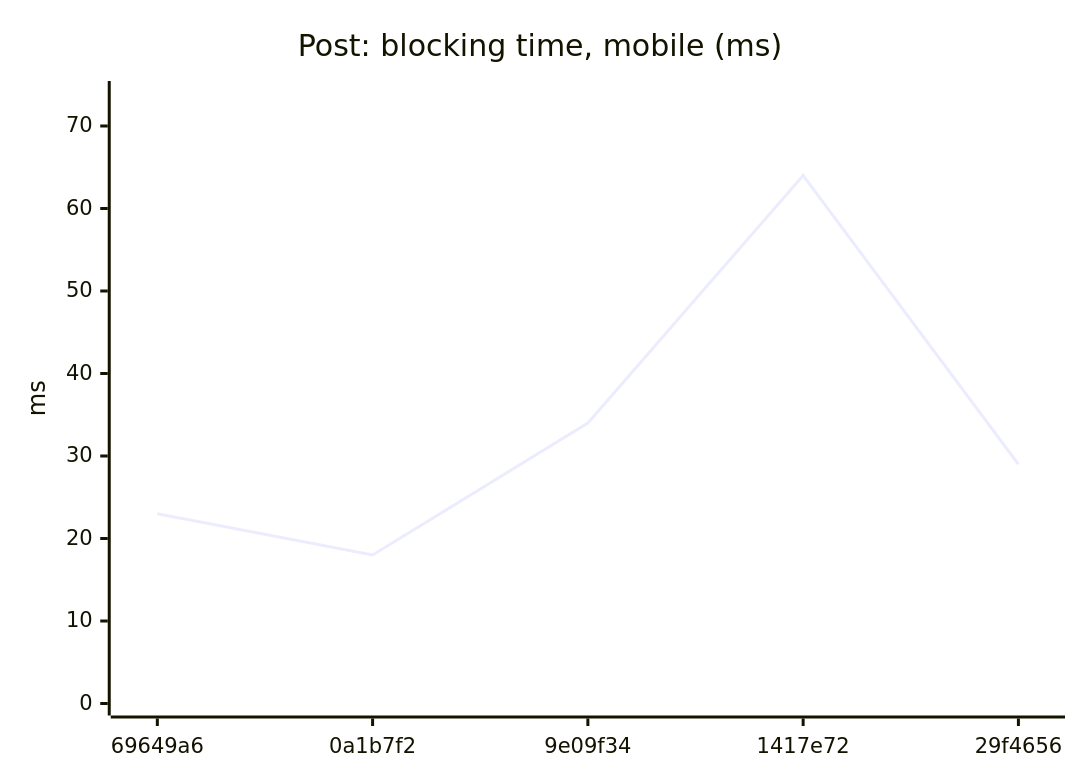
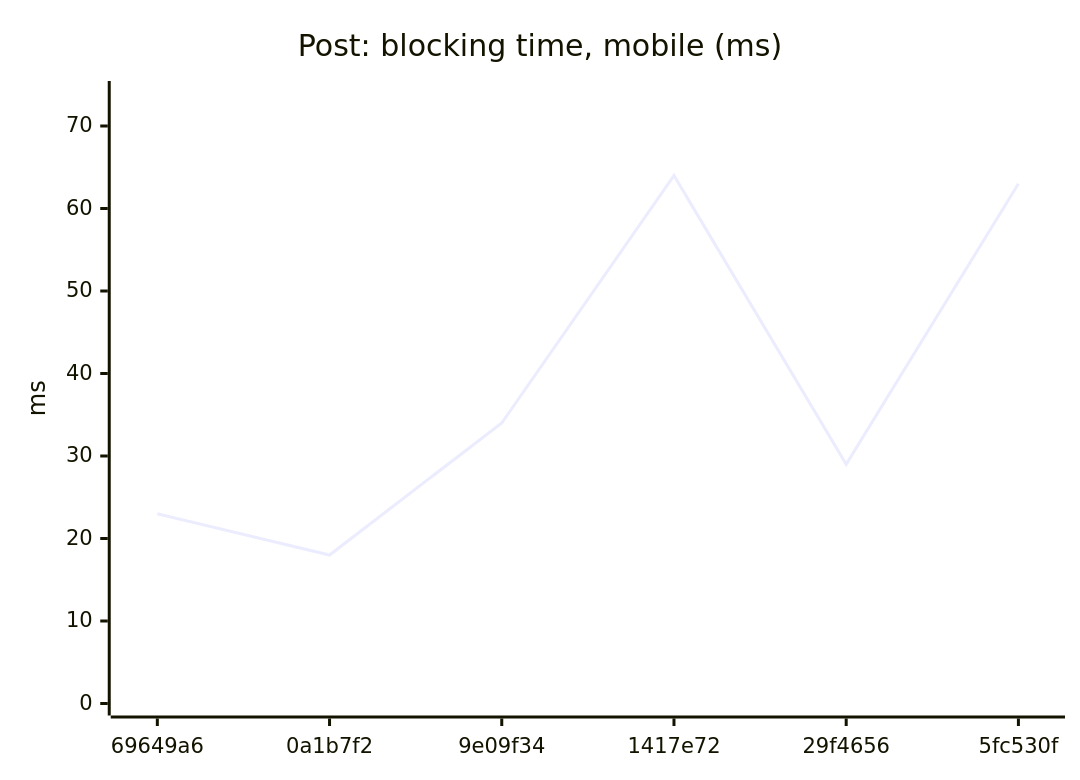
Before and after one commit to AxelUser/maltsev.space: diagram 12 of 18 in README.md, drawn with Mermaid. The commit also changed other lines of this file and 1 other file, not shown here.

````diff
--- a/README.md
+++ b/README.md
@@ -133,7 +133,7 @@
 ```mermaid
 xychart-beta
   title "Post: blocking time, mobile (ms)"
-  x-axis ["69649a6", "0a1b7f2", "9e09f34", "1417e72", "29f4656"]
+  x-axis ["69649a6", "0a1b7f2", "9e09f34", "1417e72", "29f4656", "5fc530f"]
   y-axis "ms" 0 --> 74
-  line [23, 18, 34, 64, 29]
+  line [23, 18, 34, 64, 29, 63]
 ```
````
